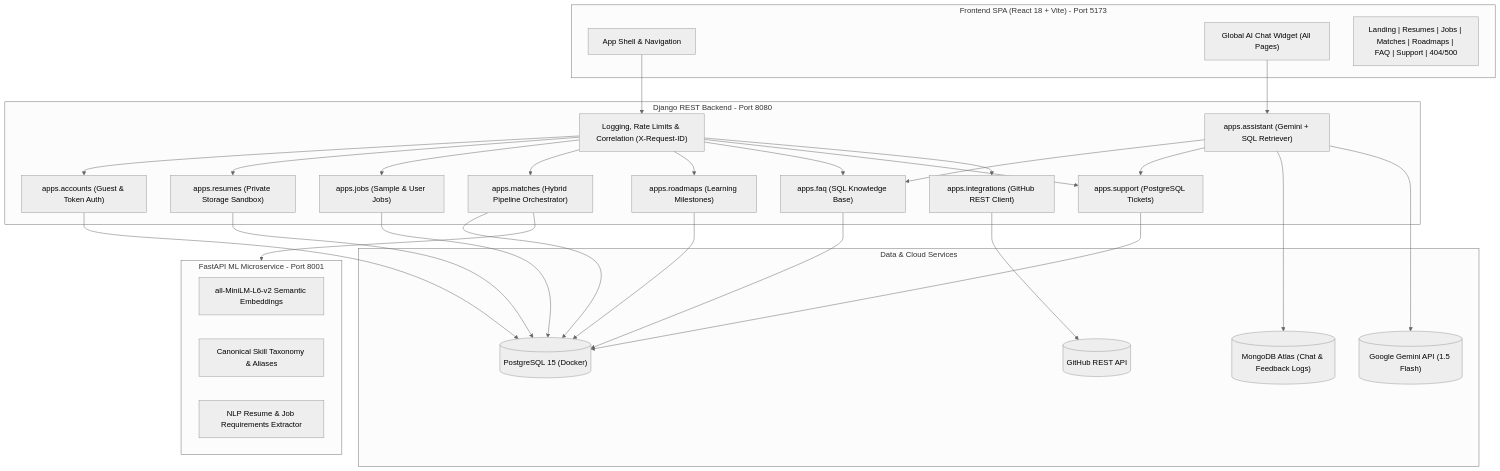
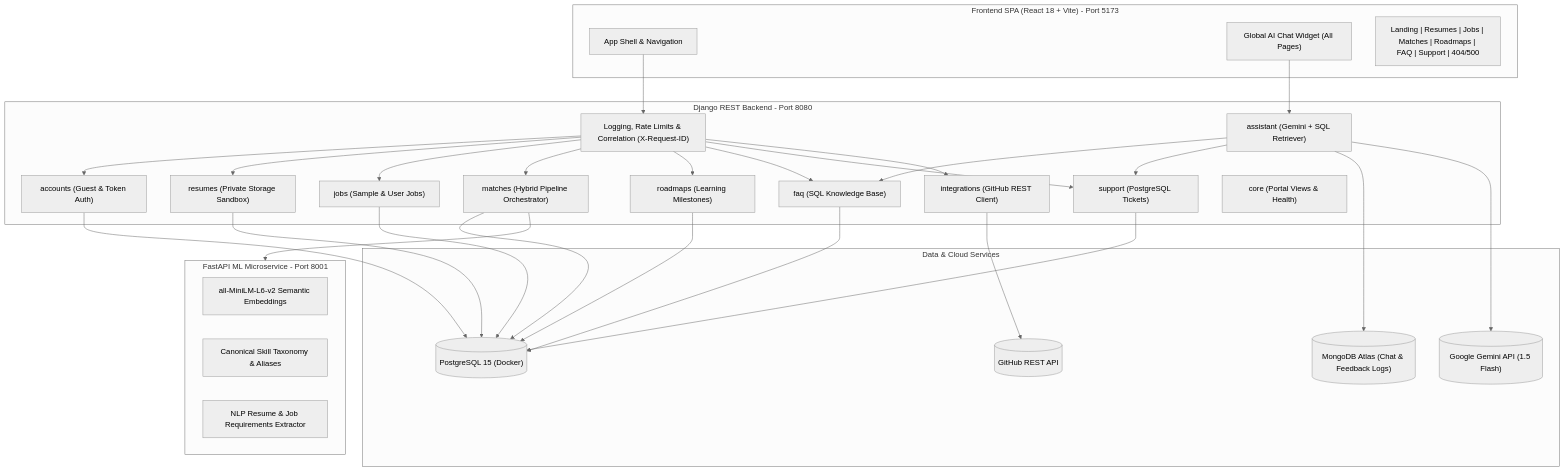
One commit to jaishanthlenin-123/skillbridge changed the diagram in README.md. Above: the diagram before and after it, drawn with Mermaid (neutral theme). The commit also changed other lines of this file and 144 other files, not shown here.

Commit message:
refactor(backend): reorganize into clean professional Django project architecture

````diff
--- a/README.md
+++ b/README.md
@@ -72,42 +72,43 @@
 ```mermaid
 flowchart TB
     subgraph Client["Frontend SPA (React 18 + Vite) - Port 5173"]
         UI["App Shell & Navigation"]
         Widget["Global AI Chat Widget (All Pages)"]
         Pages["Landing | Resumes | Jobs | Matches | Roadmaps | FAQ | Support | 404/500"]
     end
 
     subgraph Django["Django REST Backend - Port 8080"]
-        GuestAuth["apps.accounts (Guest & Token Auth)"]
-        Resumes["apps.resumes (Private Storage Sandbox)"]
-        Jobs["apps.jobs (Sample & User Jobs)"]
-        Matches["apps.matches (Hybrid Pipeline Orchestrator)"]
-        Roadmaps["apps.roadmaps (Learning Milestones)"]
-        FAQ["apps.faq (SQL Knowledge Base)"]
-        Support["apps.support (PostgreSQL Tickets)"]
-        Assistant["apps.assistant (Gemini + SQL Retriever)"]
-        Integrations["apps.integrations (GitHub REST Client)"]
+        GuestAuth["accounts (Guest & Token Auth)"]
+        Resumes["resumes (Private Storage Sandbox)"]
+        Jobs["jobs (Sample & User Jobs)"]
+        Matches["matches (Hybrid Pipeline Orchestrator)"]
+        Roadmaps["roadmaps (Learning Milestones)"]
+        FAQ["faq (SQL Knowledge Base)"]
+        Support["support (PostgreSQL Tickets)"]
+        Assistant["assistant (Gemini + SQL Retriever)"]
+        Integrations["integrations (GitHub REST Client)"]
+        Core["core (Portal Views & Health)"]
         Middleware["Logging, Rate Limits & Correlation (X-Request-ID)"]
     end
 
     subgraph MLService["FastAPI ML Microservice - Port 8001"]
         SentenceTransformers["all-MiniLM-L6-v2 Semantic Embeddings"]
         TaxonomyEngine["Canonical Skill Taxonomy & Aliases"]
         Extractor["NLP Resume & Job Requirements Extractor"]
     end
 
     subgraph DataServices["Data & Cloud Services"]
         PG[("PostgreSQL 15 (Docker)")]
         Mongo[("MongoDB Atlas (Chat & Feedback Logs)")]
         Gemini[("Google Gemini API (1.5 Flash)")]
         GitHub[("GitHub REST API")]
     end
 
     UI --> Middleware
     Widget --> Assistant
     Middleware --> GuestAuth & Resumes & Jobs & Matches & Roadmaps & FAQ & Support & Integrations
     Matches --> MLService
     Assistant --> FAQ & Support & Mongo & Gemini
     Integrations --> GitHub
     GuestAuth & Resumes & Jobs & Matches & Roadmaps & FAQ & Support --> PG
 ```
````
